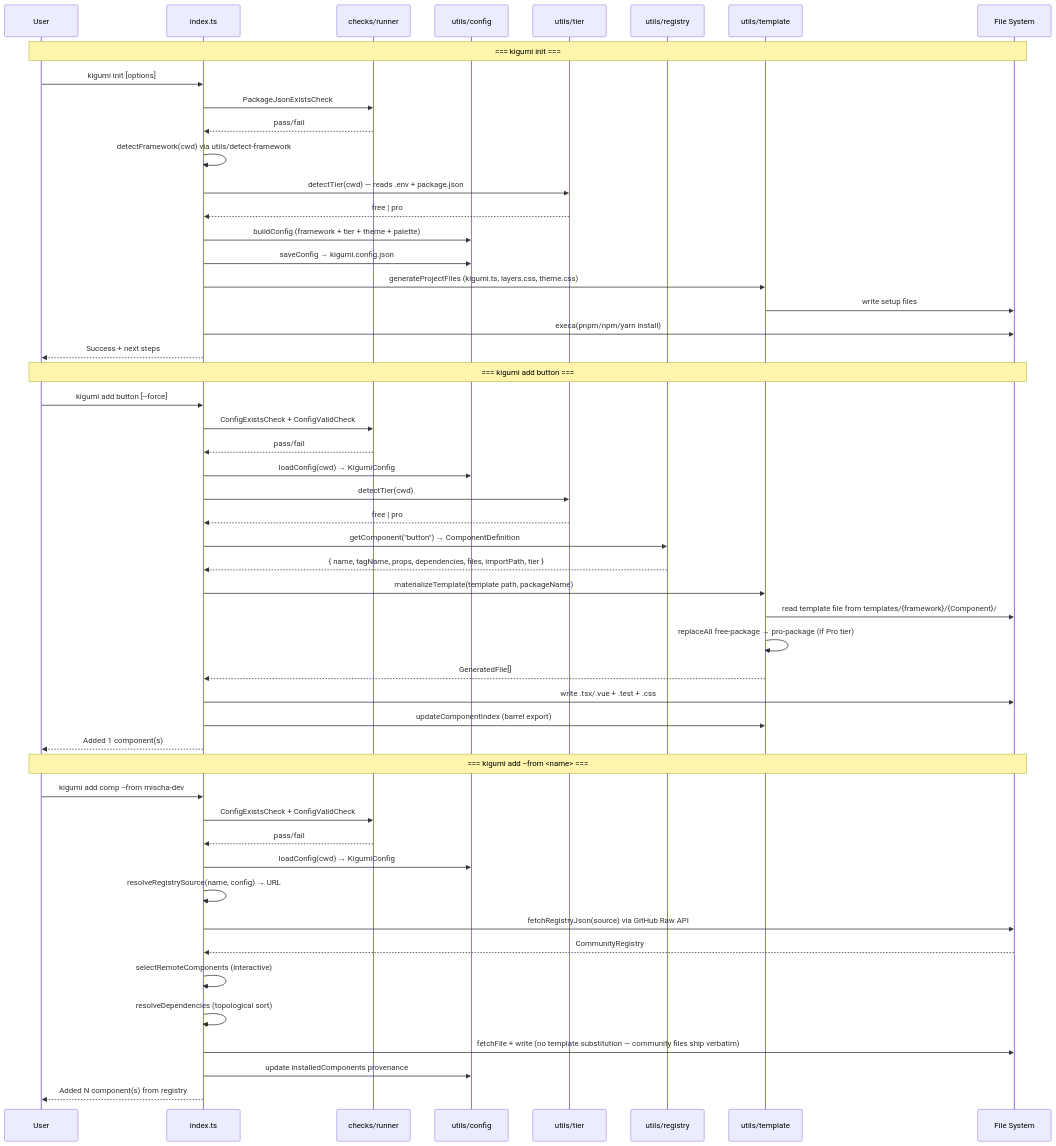
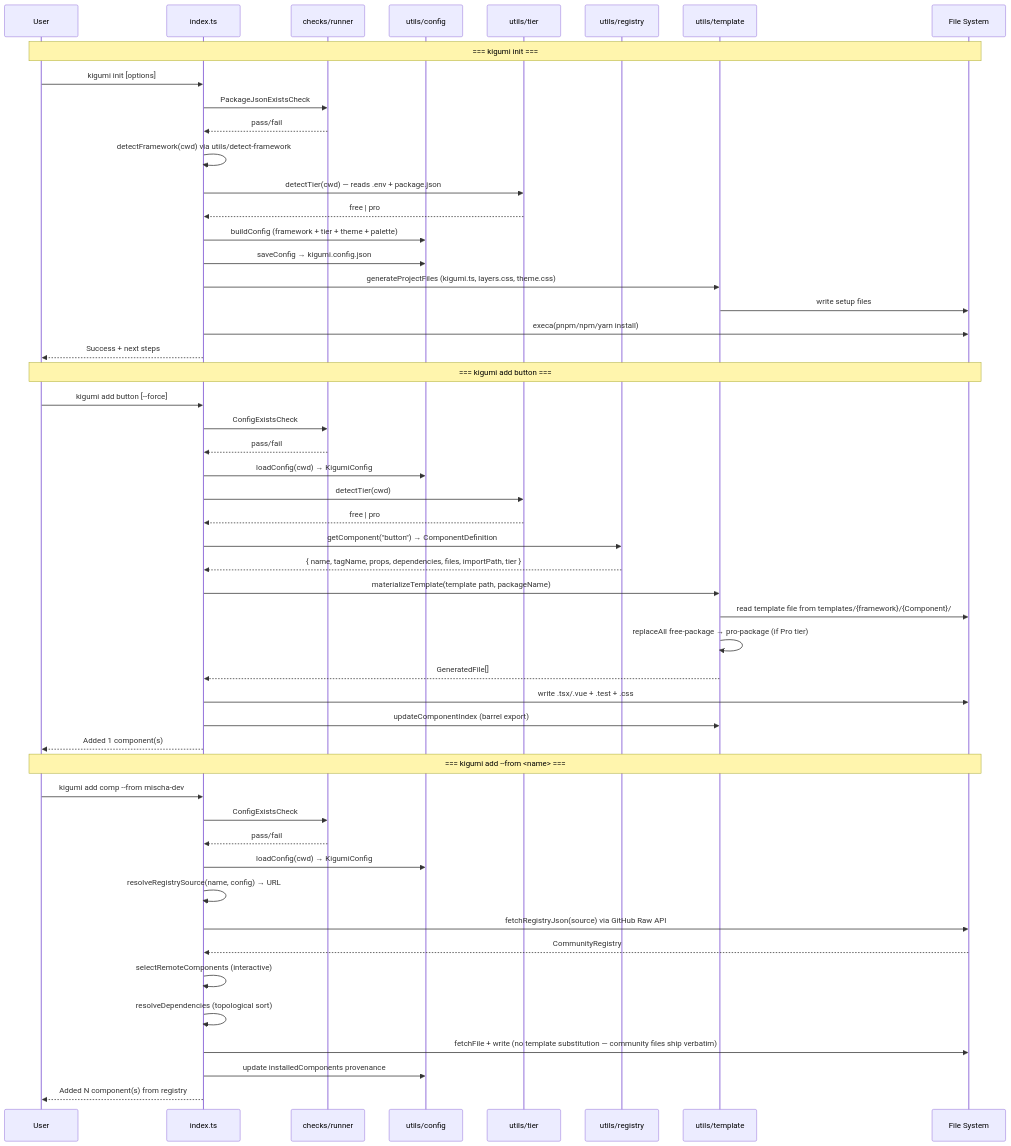
Before and after one commit to kigumi-ui/kigumi-cli: the second of 4 diagrams in AGENTS.md, drawn with Mermaid. The commit also changed other lines of this file and 43 other files, not shown here.

````diff
--- a/AGENTS.md
+++ b/AGENTS.md
@@ -502,56 +502,56 @@
 ```mermaid
 sequenceDiagram
     participant User
     participant CLI as index.ts
     participant Checks as checks/runner
     participant Config as utils/config
     participant Tier as utils/tier
     participant Reg as utils/registry
     participant Tpl as utils/template
     participant FS as File System
 
     Note over User,FS: === kigumi init ===
     User->>CLI: kigumi init [options]
     CLI->>Checks: PackageJsonExistsCheck
     Checks-->>CLI: pass/fail
     CLI->>CLI: detectFramework(cwd) via utils/detect-framework
     CLI->>Tier: detectTier(cwd) — reads .env + package.json
     Tier-->>CLI: free | pro
     CLI->>Config: buildConfig (framework + tier + theme + palette)
     CLI->>Config: saveConfig → kigumi.config.json
     CLI->>Tpl: generateProjectFiles (kigumi.ts, layers.css, theme.css)
     Tpl->>FS: write setup files
     CLI->>FS: execa(pnpm/npm/yarn install)
     CLI-->>User: Success + next steps
 
     Note over User,FS: === kigumi add button ===
     User->>CLI: kigumi add button [--force]
-    CLI->>Checks: ConfigExistsCheck + ConfigValidCheck
+    CLI->>Checks: ConfigExistsCheck
     Checks-->>CLI: pass/fail
     CLI->>Config: loadConfig(cwd) → KigumiConfig
     CLI->>Tier: detectTier(cwd)
     Tier-->>CLI: free | pro
     CLI->>Reg: getComponent("button") → ComponentDefinition
     Reg-->>CLI: { name, tagName, props, dependencies, files, importPath, tier }
     CLI->>Tpl: materializeTemplate(template path, packageName)
     Tpl->>FS: read template file from templates/{framework}/{Component}/
     Tpl->>Tpl: replaceAll free-package → pro-package (if Pro tier)
     Tpl-->>CLI: GeneratedFile[]
     CLI->>FS: write .tsx/.vue + .test + .css
     CLI->>Tpl: updateComponentIndex (barrel export)
     CLI-->>User: Added 1 component(s)
 
     Note over User,FS: === kigumi add --from <name> ===
     User->>CLI: kigumi add comp --from mischa-dev
-    CLI->>Checks: ConfigExistsCheck + ConfigValidCheck
+    CLI->>Checks: ConfigExistsCheck
     Checks-->>CLI: pass/fail
     CLI->>Config: loadConfig(cwd) → KigumiConfig
     CLI->>CLI: resolveRegistrySource(name, config) → URL
     CLI->>FS: fetchRegistryJson(source) via GitHub Raw API
     FS-->>CLI: CommunityRegistry
     CLI->>CLI: selectRemoteComponents (interactive)
     CLI->>CLI: resolveDependencies (topological sort)
     CLI->>FS: fetchFile + write (no template substitution — community files ship verbatim)
     CLI->>Config: update installedComponents provenance
     CLI-->>User: Added N component(s) from registry
 ```
````
